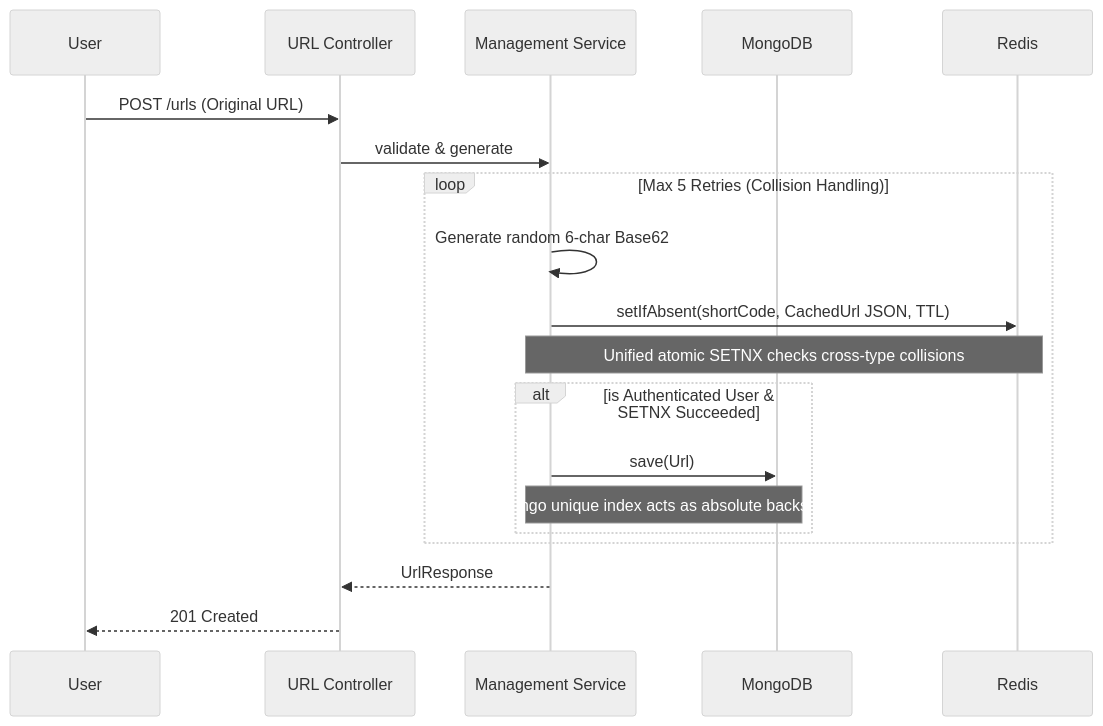
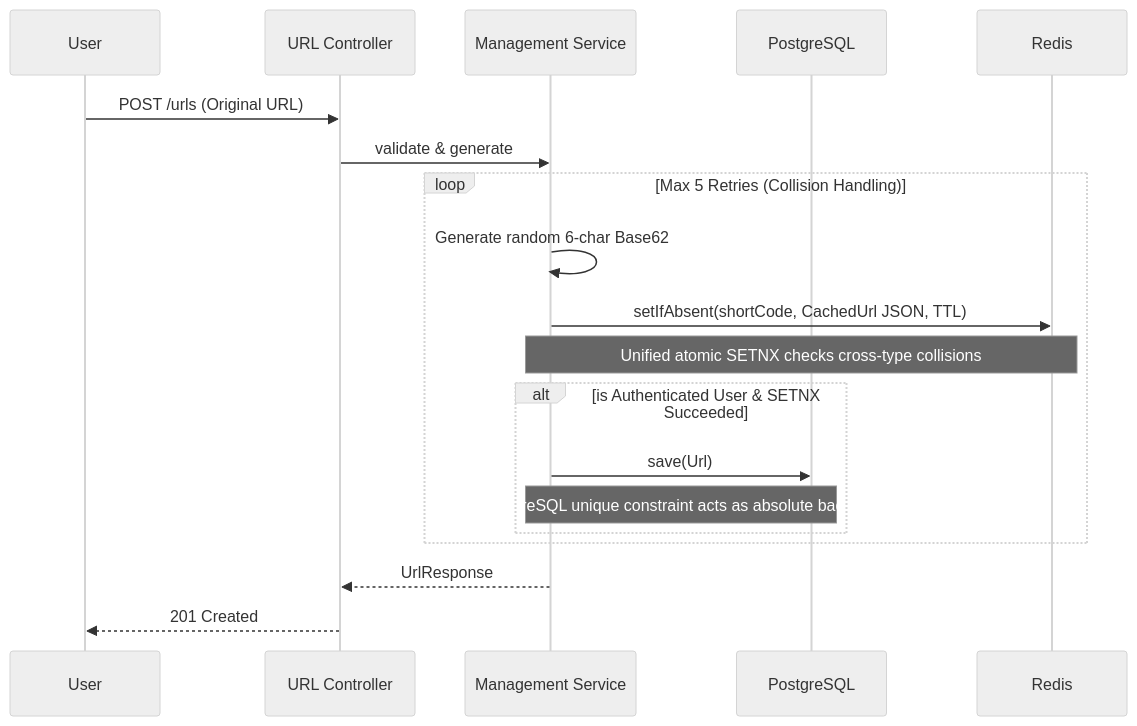
Before and after one commit to AbhiSondakar/SwiftRoute: the second of 3 diagrams in README.md, drawn with Mermaid (neutral theme). The commit also changed other lines of this file and 42 other files, not shown here.

````diff
--- a/README.md
+++ b/README.md
@@ -88,26 +88,26 @@
 ```mermaid
 sequenceDiagram
     participant User
     participant API as URL Controller
     participant SVC as Management Service
-    participant DB as MongoDB
+    participant DB as PostgreSQL
     participant REDIS as Redis
 
     User->>API: POST /urls (Original URL)
     API->>SVC: validate & generate
     
     loop Max 5 Retries (Collision Handling)
         SVC->>SVC: Generate random 6-char Base62
         
         SVC->>REDIS: setIfAbsent(shortCode, CachedUrl JSON, TTL)
         Note over SVC, REDIS: Unified atomic SETNX checks cross-type collisions
         
         alt is Authenticated User & SETNX Succeeded
             SVC->>DB: save(Url)
-            Note over SVC, DB: Mongo unique index acts as absolute backstop
+            Note over SVC, DB: PostgreSQL unique constraint acts as absolute backstop
         end
     end
     
     SVC-->>API: UrlResponse
     API-->>User: 201 Created
 ```
````
